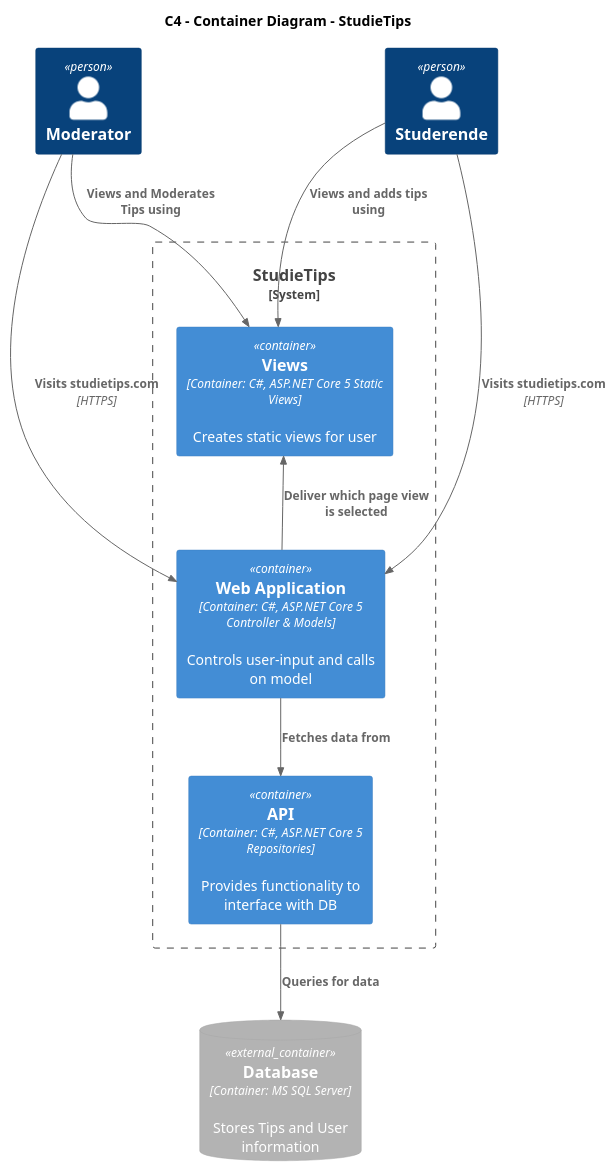
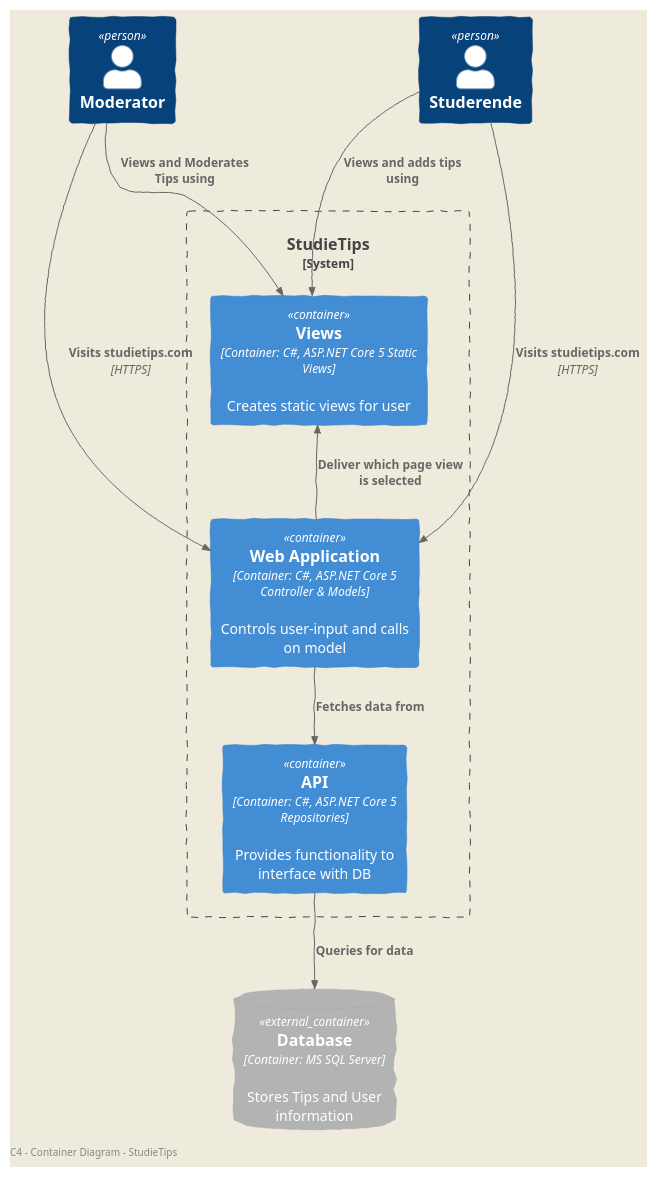
The diagram in C4/C4-Level2/container.puml (I4PRJ4/I4PRJ4-plantuml), drawn with PlantUML before and after one commit. The commit also changed 4 other files, not shown here.

Commit message:
Updated Architecture

```diff
--- a/C4/C4-Level2/container.puml
+++ b/C4/C4-Level2/container.puml
@@ -1,40 +1,36 @@
 @startuml Container Diagram
 !include <C4/C4_Container>
+LAYOUT_AS_SKETCH()
 
-'skinparam linetype polyline
-
-'left to right direction
-title C4 - Container Diagram - StudieTips
-
+left footer C4 - Container Diagram - StudieTips
 
 Person(Moderator, "Moderator")
 Person(User, "Studerende")
 
 System_Boundary(c1, "StudieTips") {
     Container(Views, "Views", "Container: C#, ASP.NET Core 5 Static Views", "Creates static views for user")
     Container(WebApplication, "Web Application", "Container: C#, ASP.NET Core 5 Controller & Models", "Controls user-input and calls on model")
     Container(API, "API", "Container: C#, ASP.NET Core 5 Repositories", "Provides functionality to interface with DB")
 }
 ContainerDb_Ext(Database, "Database","Container: MS SQL Server","Stores Tips and User information")
 
 Lay_D(User,c1)
 Lay_D(Moderator,c1)
 Lay_R(Views,WebApplication)
-'Lay_D(Moderator,WebApplication)
 
 Rel(User,Views, "Views and adds tips using")
 Rel(Moderator, Views, "Views and Moderates Tips using")
 
 
 Rel(User,WebApplication, "Visits studietips.com", "HTTPS")
 Rel(Moderator, WebApplication, "Visits studietips.com", "HTTPS")
 
 Rel(WebApplication,Views, "Deliver which page view is selected")
 
 Rel(WebApplication,API, "Fetches data from")
 
 Rel(API,Database, "Queries for data")
 
 
 
 @enduml
```
